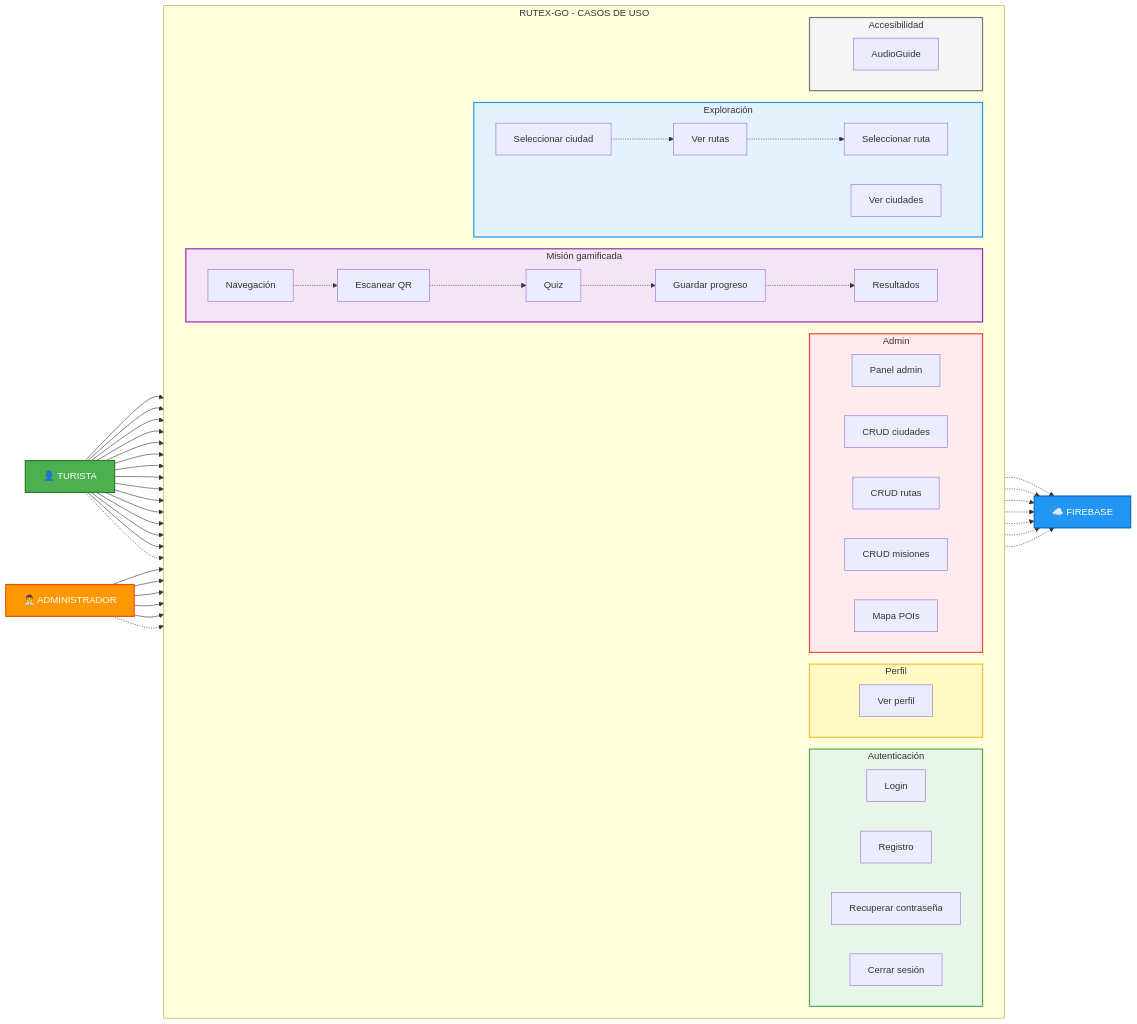
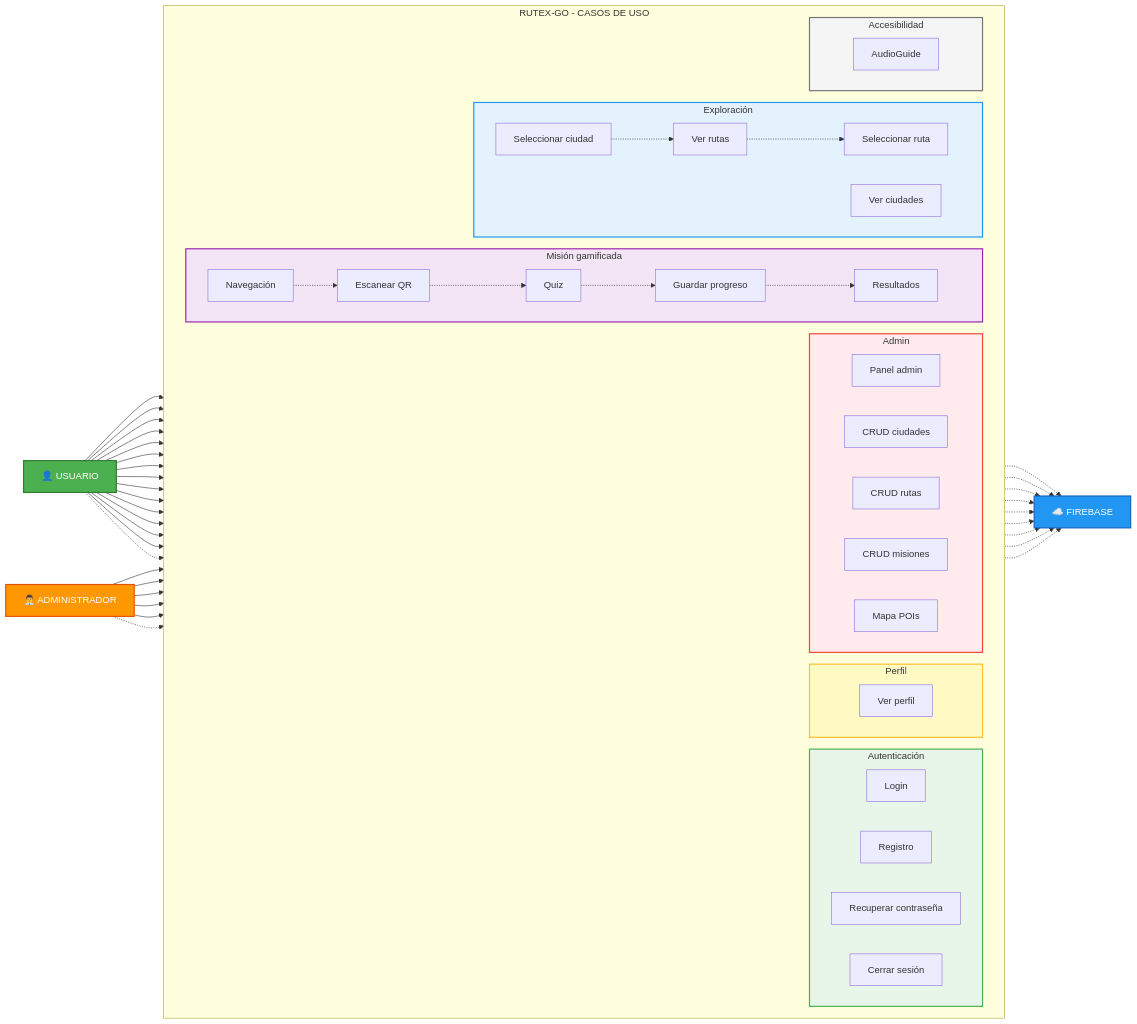
One commit to TurisTechTeam-Dev/rutexgo-assets changed the fourth of 4 diagrams in diagrama secuencia.md. Above: the diagram before and after it, drawn with Mermaid.

Commit message:
Update diagrama secuencia.md

````diff
--- a/diagrama secuencia.md
+++ b/diagrama secuencia.md
@@ -206,92 +206,101 @@
 ```mermaid
 flowchart LR
-    TURISTA["👤 TURISTA"]
-    ADMIN["👨‍💼 ADMINISTRADOR"]
-    FIREBASE["☁️ FIREBASE"]
+    %% ACTORES
+    U["👤 USUARIO"]
+    F["☁️ FIREBASE"]
+    A["👨‍💼 ADMINISTRADOR"]
 
-    subgraph SISTEMA["RUTEX-GO - CASOS DE USO"]
+    %% BLOQUES
+    subgraph SYS["RUTEX-GO - CASOS DE USO"]
         direction LR
 
         subgraph AUTH["Autenticación"]
-            A1["Login"]
-            A2["Registro"]
-            A3["Recuperar contraseña"]
-            A4["Cerrar sesión"]
+            AUTH1["Login"]
+            AUTH2["Registro"]
+            AUTH3["Recuperar contraseña"]
+            AUTH4["Cerrar sesión"]
         end
 
         subgraph EXP["Exploración"]
-            E1["Ver ciudades"]
-            E2["Seleccionar ciudad"]
-            E3["Ver rutas"]
-            E4["Seleccionar ruta"]
+            EXP1["Ver ciudades"]
+            EXP2["Seleccionar ciudad"]
+            EXP3["Ver rutas"]
+            EXP4["Seleccionar ruta"]
         end
 
         subgraph MISS["Misión gamificada"]
-            M1["Navegación"]
-            M2["Escanear QR"]
-            M3["Quiz"]
-            M4["Guardar progreso"]
-            M5["Resultados"]
+            MISS1["Navegación"]
+            MISS2["Escanear QR"]
+            MISS3["Quiz"]
+            MISS4["Guardar progreso"]
+            MISS5["Resultados"]
         end
 
         subgraph PROF["Perfil"]
-            P1["Ver perfil"]
+            PROF1["Ver perfil"]
         end
 
         subgraph ADM["Admin"]
-            D1["Panel admin"]
-            D2["CRUD ciudades"]
-            D3["CRUD rutas"]
-            D4["CRUD misiones"]
-            D5["Mapa POIs"]
+            ADM1["Panel admin"]
+            ADM2["CRUD ciudades"]
+            ADM3["CRUD rutas"]
+            ADM4["CRUD misiones"]
+            ADM5["Mapa POIs"]
         end
 
         subgraph ACC["Accesibilidad"]
-            X1["AudioGuide"]
+            ACC1["AudioGuide"]
         end
     end
 
-    TURISTA --> A1
-    TURISTA --> A2
-    TURISTA --> A3
-    TURISTA --> A4
-    TURISTA --> E1
-    TURISTA --> E2
-    TURISTA --> E3
-    TURISTA --> E4
-    TURISTA --> M1
-    TURISTA --> M2
-    TURISTA --> M3
-    TURISTA --> M4
-    TURISTA --> M5
-    TURISTA --> P1
-    TURISTA -.-> X1
+    %% RELACIONES USUARIO
+    U --> AUTH1
+    U --> AUTH2
+    U --> AUTH3
+    U --> AUTH4
+    U --> EXP1
+    U --> EXP2
+    U --> EXP3
+    U --> EXP4
+    U --> MISS1
+    U --> MISS2
+    U --> MISS3
+    U --> MISS4
+    U --> MISS5
+    U --> PROF1
+    U -.-> ACC1
 
-    ADMIN --> D1
-    ADMIN --> D2
-    ADMIN --> D3
-    ADMIN --> D4
-    ADMIN --> D5
-    ADMIN -.-> X1
+    %% RELACIONES FIREBASE
+    AUTH1 -.-> F
+    AUTH2 -.-> F
+    AUTH3 -.-> F
+    AUTH4 -.-> F
+    MISS4 -.-> F
+    ADM2 -.-> F
+    ADM3 -.-> F
+    ADM4 -.-> F
+    ADM5 -.-> F
 
-    A1 -.-> FIREBASE
-    A2 -.-> FIREBASE
-    A3 -.-> FIREBASE
-    M4 -.-> FIREBASE
-    D2 -.-> FIREBASE
-    D3 -.-> FIREBASE
-    D4 -.-> FIREBASE
+    %% RELACIONES ADMIN
+    A --> ADM1
+    A --> ADM2
+    A --> ADM3
+    A --> ADM4
+    A --> ADM5
+    A -.-> ACC1
 
-    E2 -.-> E3
-    E3 -.-> E4
-    M1 -.-> M2
-    M2 -.-> M3
-    M3 -.-> M4
-    M4 -.-> M5
+    %% FLUJOS ENTRE CASOS
+    EXP2 -.-> EXP3
+    EXP3 -.-> EXP4
+    MISS1 -.-> MISS2
+    MISS2 -.-> MISS3
+    MISS3 -.-> MISS4
+    MISS4 -.-> MISS5
 
-    style TURISTA fill:#4CAF50,stroke:#2E7D32,stroke-width:2px,color:#fff
-    style ADMIN fill:#FF9800,stroke:#E65100,stroke-width:2px,color:#fff
-    style FIREBASE fill:#2196F3,stroke:#1565C0,stroke-width:2px,color:#fff
+    %% ESTILOS
+    style U fill:#4CAF50,stroke:#2E7D32,stroke-width:2px,color:#fff
+    style F fill:#2196F3,stroke:#1565C0,stroke-width:2px,color:#fff
+    style A fill:#FF9800,stroke:#E65100,stroke-width:2px,color:#fff
 
     style AUTH fill:#E8F5E9,stroke:#4CAF50,stroke-width:2px
     style EXP fill:#E3F2FD,stroke:#2196F3,stroke-width:2px
````
